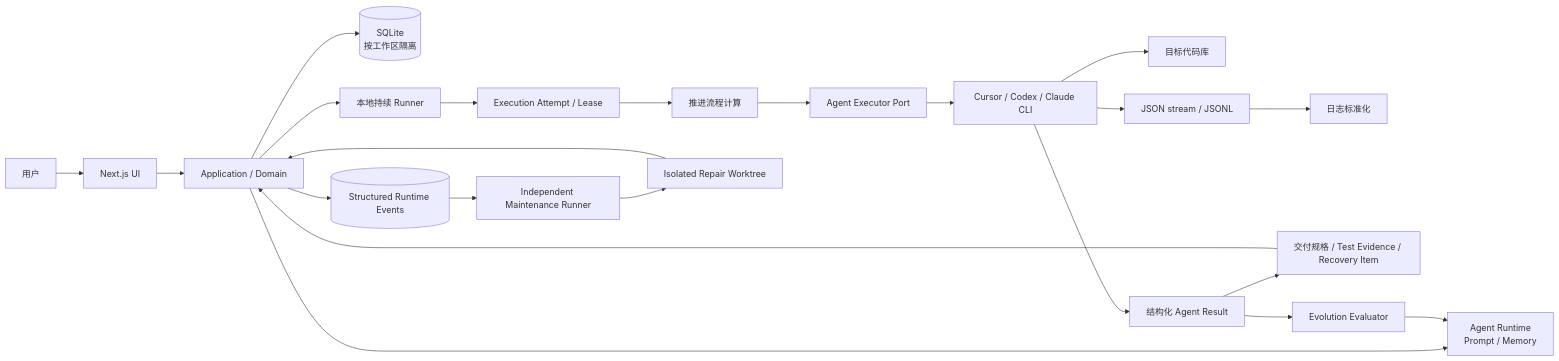
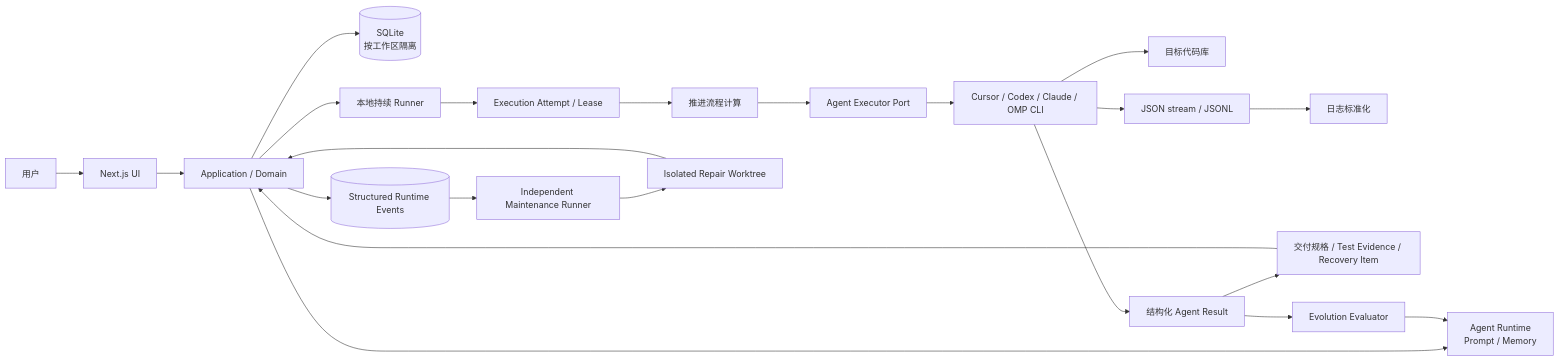
Before and after one commit to InspireChina/ai4se-loop-workflow: the diagram in docs/v1-technical-solution.md, drawn with Mermaid. The commit also changed other lines of this file and 30 other files, not shown here.

````diff
--- a/docs/v1-technical-solution.md
+++ b/docs/v1-technical-solution.md
@@ -26,24 +26,24 @@
 ```mermaid
 flowchart LR
   User["用户"] --> UI["Next.js UI"]
   UI --> App["Application / Domain"]
   App --> DB[("SQLite\n按工作区隔离")]
   App --> Profiles["Agent Runtime\nPrompt / Memory"]
   App --> Runner["本地持续 Runner"]
   Runner --> Attempt["Execution Attempt / Lease"]
   Attempt --> Flow["推进流程计算"]
   Flow --> Executor["Agent Executor Port"]
-  Executor --> CLI["Cursor / Codex / Claude CLI"]
+  Executor --> CLI["Cursor / Codex / Claude / OMP CLI"]
   CLI --> Repo["目标代码库"]
   CLI --> Stream["JSON stream / JSONL"]
   Stream --> Logs["日志标准化"]
   CLI --> Result["结构化 Agent Result"]
   Result --> Evidence["交付规格 / Test Evidence / Recovery Item"]
   Evidence --> App
   Result --> Evolution["Evolution Evaluator"]
   Evolution --> Profiles
   App --> Events[("Structured Runtime Events")]
   Events --> Maintenance["Independent Maintenance Runner"]
   Maintenance --> Repair["Isolated Repair Worktree"]
   Repair --> App
 ```
````
